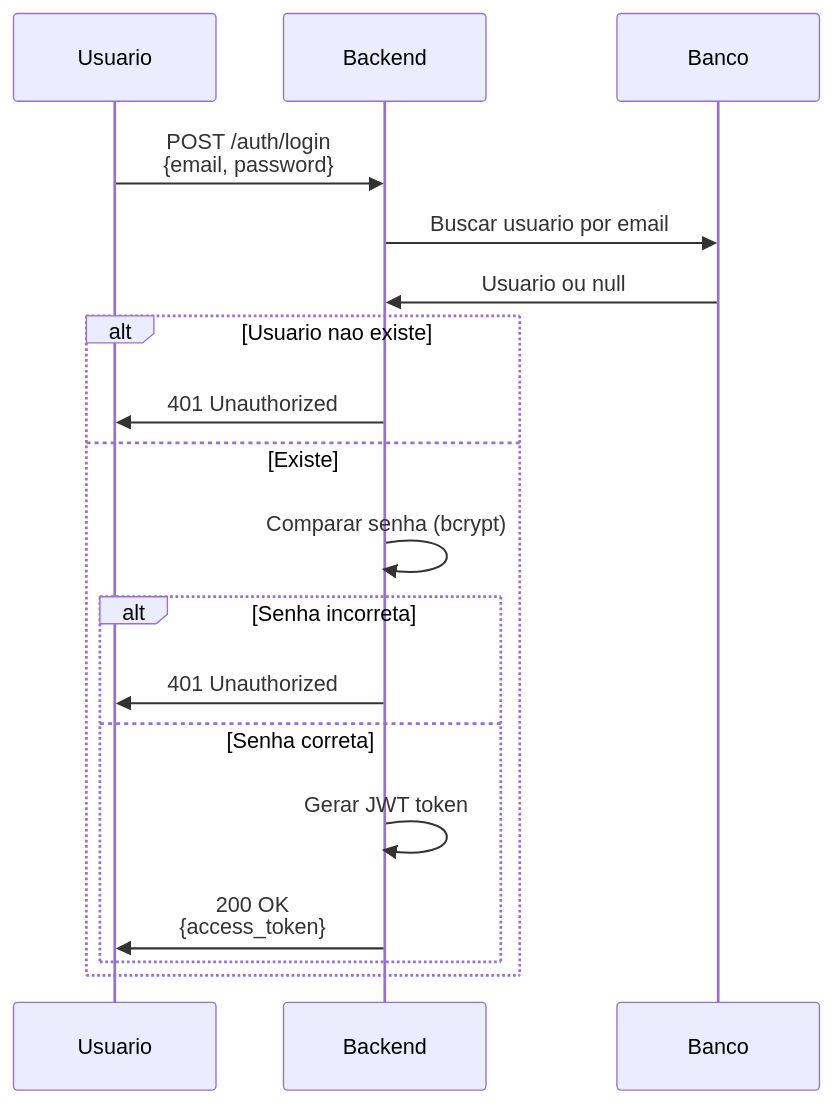
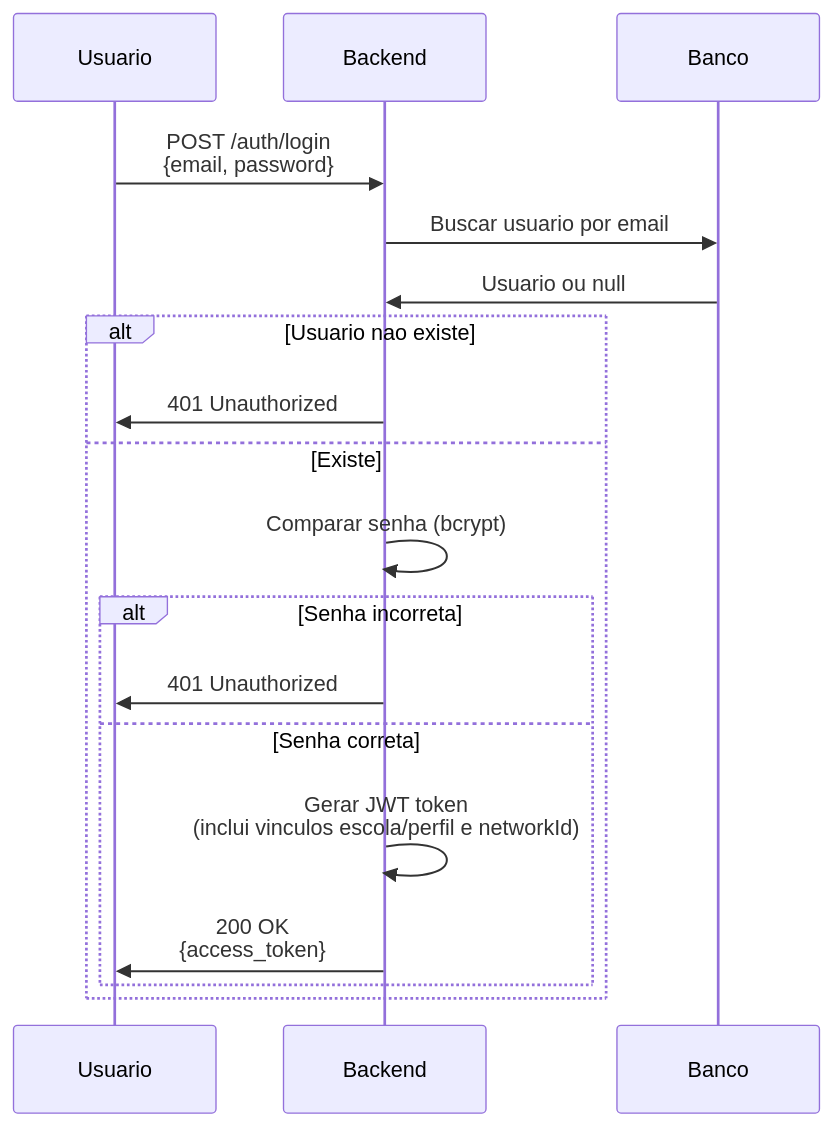
Before and after one commit to TROCA-AULA/troca-aula-backend: the tenth of 14 diagrams in docs/07-fluxos-negocio.md, drawn with Mermaid. The commit also changed other lines of this file and 9 other files, not shown here.

````diff
--- a/docs/07-fluxos-negocio.md
+++ b/docs/07-fluxos-negocio.md
@@ -309,25 +327,24 @@
 ```mermaid
 sequenceDiagram
     participant User as Usuario
     participant API as Backend
     participant DB as Banco
 
     User->>API: POST /auth/login<br/>{email, password}
     
     API->>DB: Buscar usuario por email
     DB->>API: Usuario ou null
     
     alt Usuario nao existe
         API->>User: 401 Unauthorized
     else Existe
         API->>API: Comparar senha (bcrypt)
         
         alt Senha incorreta
             API->>User: 401 Unauthorized
         else Senha correta
-            API->>API: Gerar JWT token
-            
+            API->>API: Gerar JWT token<br/>(inclui vinculos escola/perfil e networkId)
             API->>User: 200 OK<br/>{access_token}
         end
     end
 ```
````
